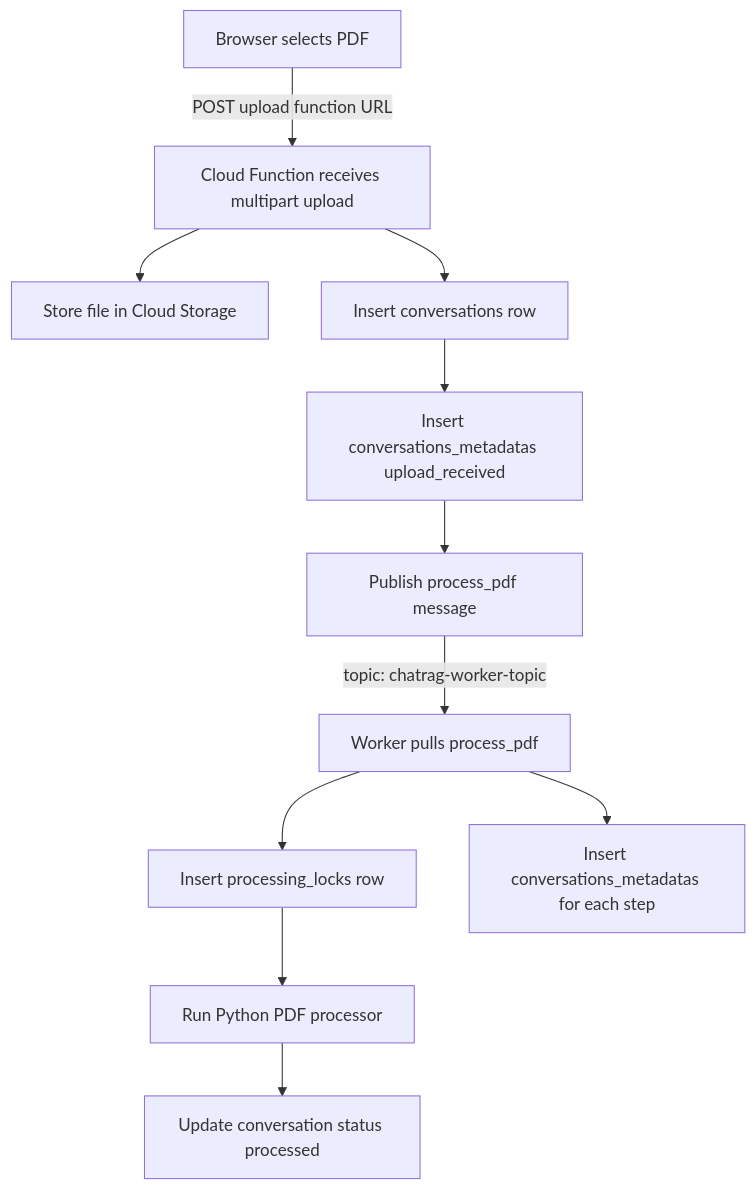
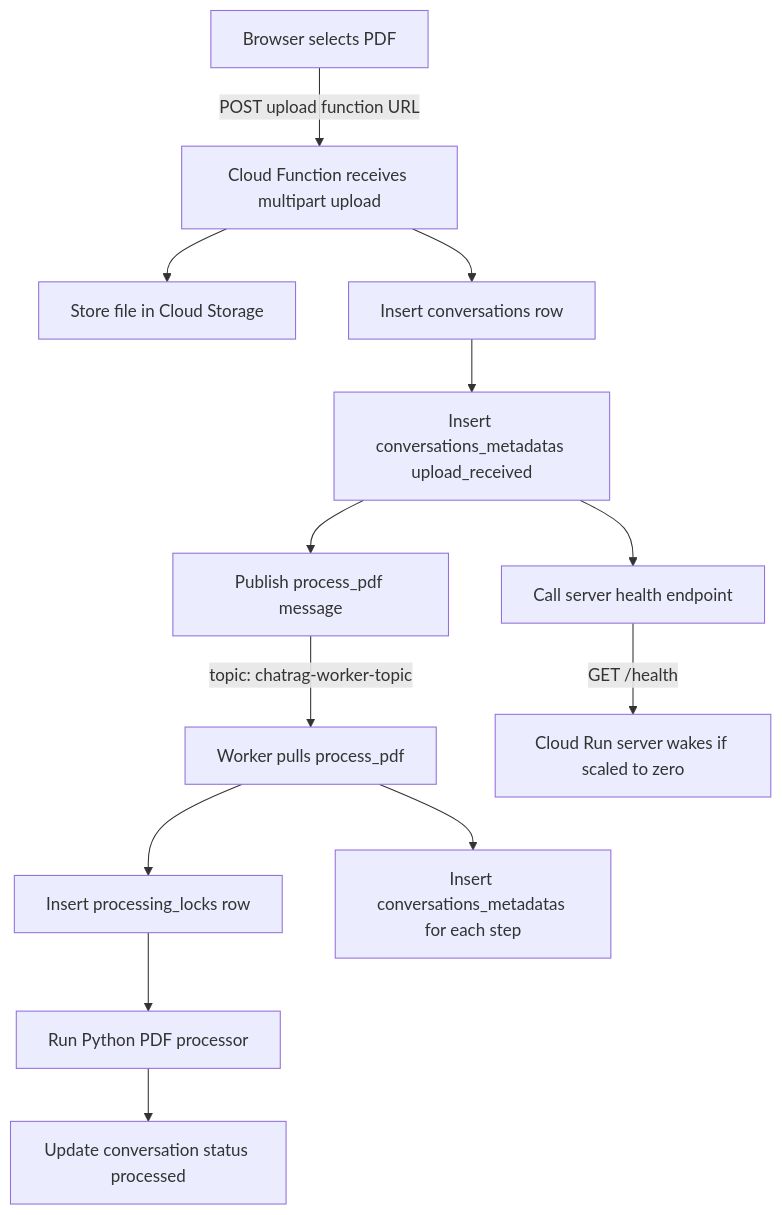
The third of 3 diagrams in README.md (feegloo/mychatbot-com), drawn with Mermaid before and after one commit. The commit also changed other lines of this file and 31 other files, not shown here.

````diff
--- a/README.md
+++ b/README.md
@@ -127,25 +128,28 @@
 ```mermaid
 flowchart TD
     BrowserUpload["Browser selects PDF"]
     UploadPost["Cloud Function receives multipart upload"]
     StoreFile["Store file in Cloud Storage"]
     CreateConversation["Insert conversations row"]
     UploadMetadata["Insert conversations_metadatas upload_received"]
+    PrewarmServer["Call server health endpoint"]
     PublishPdf["Publish process_pdf message"]
     WorkerPdf["Worker pulls process_pdf"]
     LockPdf["Insert processing_locks row"]
     ProcessPdf["Run Python PDF processor"]
     DonePdf["Update conversation status processed"]
     DebugMetadata["Insert conversations_metadatas for each step"]
 
     BrowserUpload -->|"POST upload function URL"| UploadPost
     UploadPost --> StoreFile
     UploadPost --> CreateConversation
     CreateConversation --> UploadMetadata
+    UploadMetadata --> PrewarmServer
+    PrewarmServer -->|"GET /health"| DonePrewarm["Cloud Run server wakes if scaled to zero"]
     UploadMetadata --> PublishPdf
     PublishPdf -->|"topic: chatrag-worker-topic"| WorkerPdf
     WorkerPdf --> LockPdf
     LockPdf --> ProcessPdf
     ProcessPdf --> DonePdf
     WorkerPdf --> DebugMetadata
 ```
````
